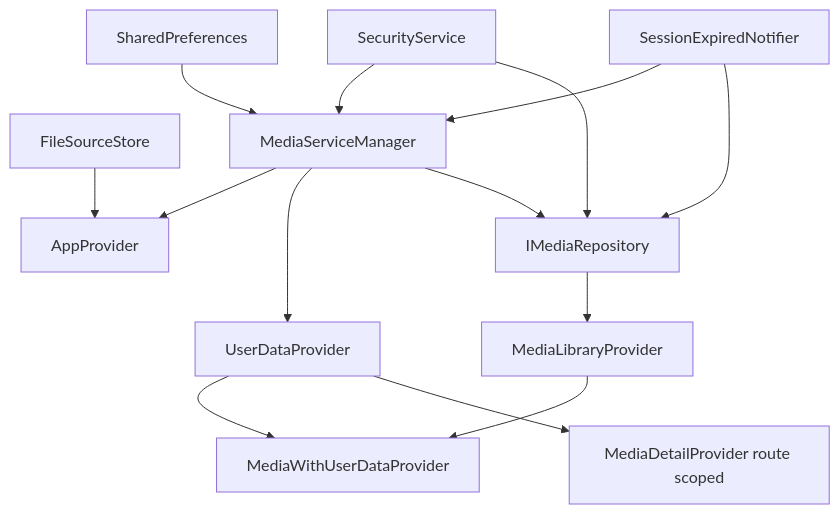
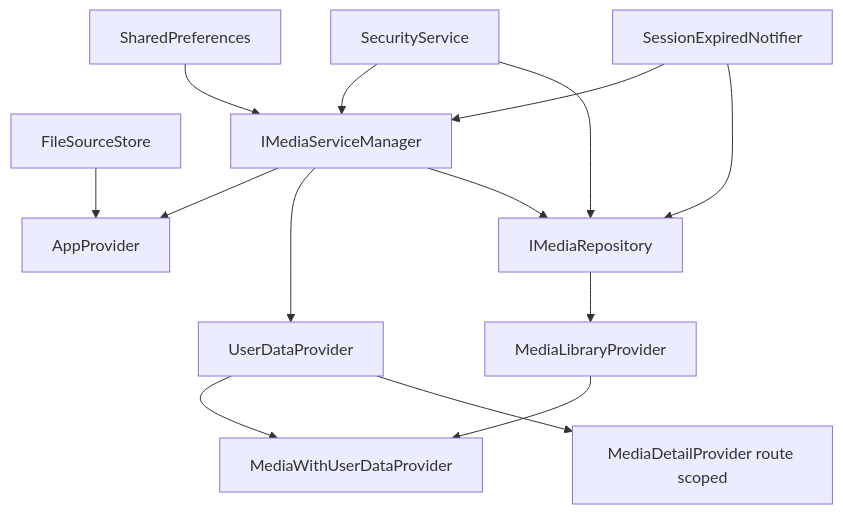
Before and after one commit to yl4869/meowhub: the diagram in docs/architecture.md, drawn with Mermaid. The commit also changed other lines of this file and 30 other files, not shown here.

````diff
--- a/docs/architecture.md
+++ b/docs/architecture.md
@@ -173,26 +173,26 @@
 ```mermaid
 graph TD
   A[SharedPreferences]
   B[SecurityService]
   C[SessionExpiredNotifier]
   D[FileSourceStore]
-  E[MediaServiceManager]
+  E[IMediaServiceManager]
 
   A --> E
   B --> E
   C --> E
 
   E --> F[AppProvider]
   D --> F
 
   E --> G[UserDataProvider]
   E --> H[IMediaRepository]
   B --> H
   C --> H
 
   H --> I[MediaLibraryProvider]
   I --> J[MediaWithUserDataProvider]
   G --> J
 
   G --> K[MediaDetailProvider route scoped]
 ```
````
